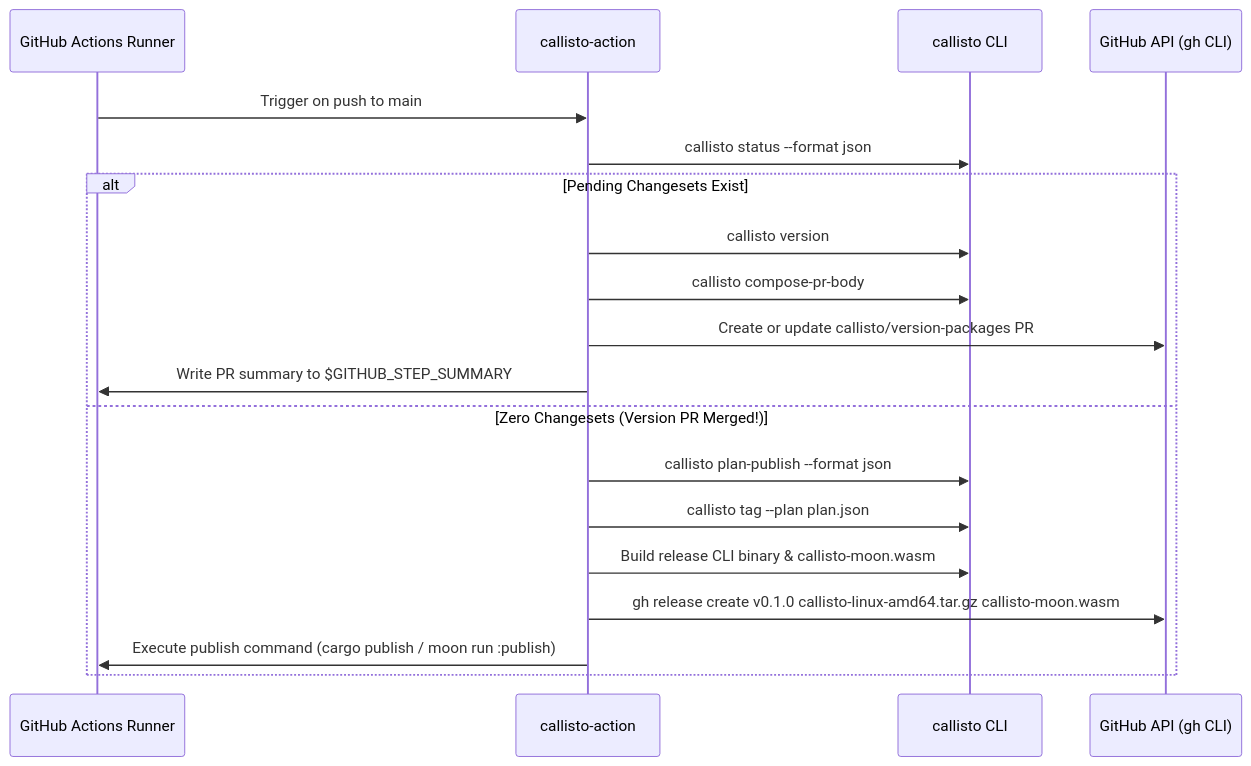
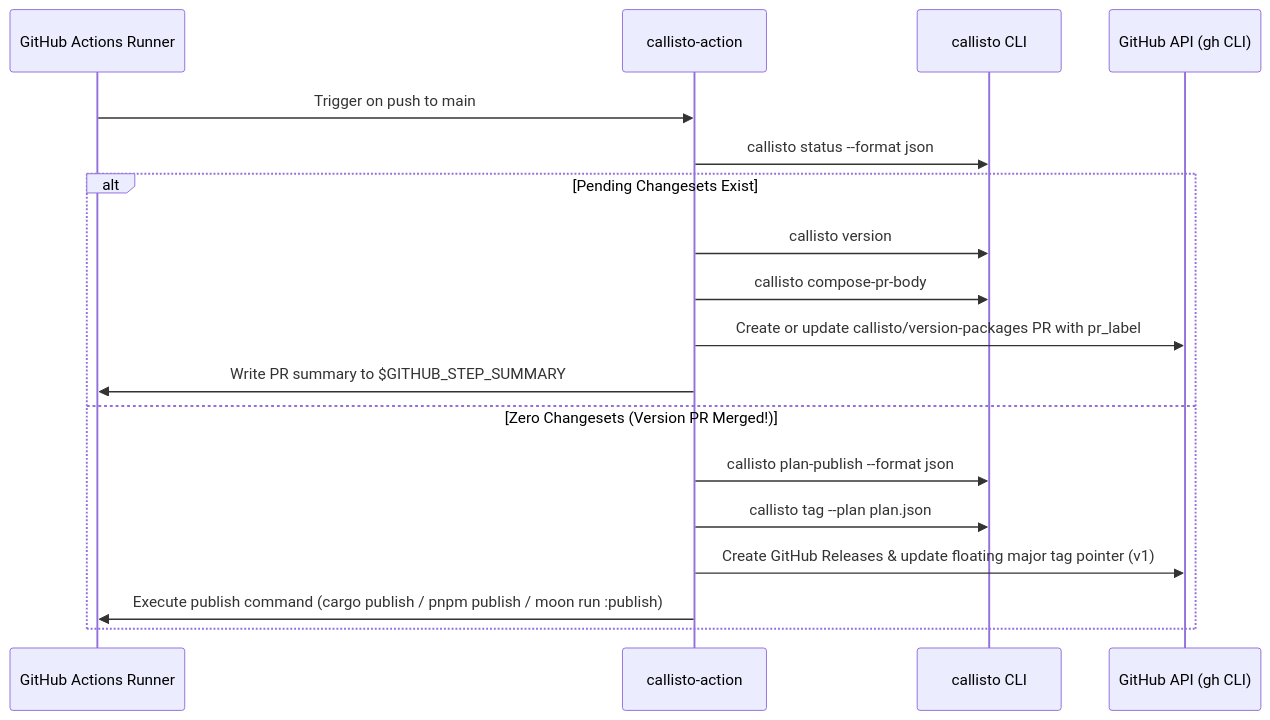
Before and after one commit to orin-dx/callisto: the fourth of 4 diagrams in ARCHITECTURE.md, drawn with Mermaid. The commit also changed other lines of this file and 3 other files, not shown here.

Commit message:
docs: add Callisto brand identity logo, pastel Mermaid diagrams, and section reordering

````diff
--- a/ARCHITECTURE.md
+++ b/ARCHITECTURE.md
@@ -291,23 +306,22 @@
 ```mermaid
 sequenceDiagram
     participant Runner as GitHub Actions Runner
     participant Action as callisto-action
     participant CLI as callisto CLI
     participant GH as GitHub API (gh CLI)
 
     Runner->>Action: Trigger on push to main
     Action->>CLI: callisto status --format json
     
     alt Pending Changesets Exist
         Action->>CLI: callisto version
         Action->>CLI: callisto compose-pr-body
-        Action->>GH: Create or update callisto/version-packages PR
+        Action->>GH: Create or update callisto/version-packages PR with pr_label
         Action->>Runner: Write PR summary to $GITHUB_STEP_SUMMARY
     else Zero Changesets (Version PR Merged!)
         Action->>CLI: callisto plan-publish --format json
         Action->>CLI: callisto tag --plan plan.json
-        Action->>CLI: Build release CLI binary & callisto-moon.wasm
-        Action->>GH: gh release create v0.1.0 callisto-linux-amd64.tar.gz callisto-moon.wasm
-        Action->>Runner: Execute publish command (cargo publish / moon run :publish)
+        Action->>GH: Create GitHub Releases & update floating major tag pointer (v1)
+        Action->>Runner: Execute publish command (cargo publish / pnpm publish / moon run :publish)
     end
 ```
````
